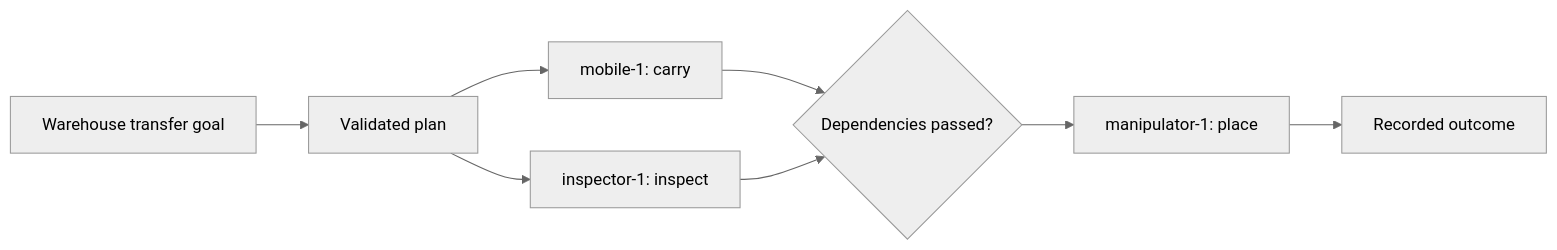
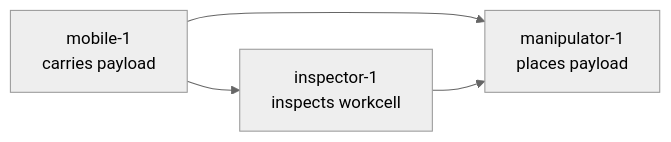
The diagram in mintlify/quickstart/first-scenario.mdx (promiseeuler/UMP), drawn with Mermaid (neutral theme) before and after one commit. The commit also changed other lines of this file and 31 other files, not shown here.

````diff
--- a/mintlify/quickstart/first-scenario.mdx
+++ b/mintlify/quickstart/first-scenario.mdx
@@ -13,10 +12,6 @@
 ```mermaid
 flowchart LR
-  G[Warehouse transfer goal] --> P[Validated plan]
-  P --> M[mobile-1: carry]
-  P --> I[inspector-1: inspect]
-  M --> A{Dependencies passed?}
-  I --> A
-  A --> R[manipulator-1: place]
-  R --> O[Recorded outcome]
+    M["mobile-1<br/>carries payload"] --> I["inspector-1<br/>inspects workcell"]
+    M --> MAN["manipulator-1<br/>places payload"]
+    I --> MAN
 ```
````
